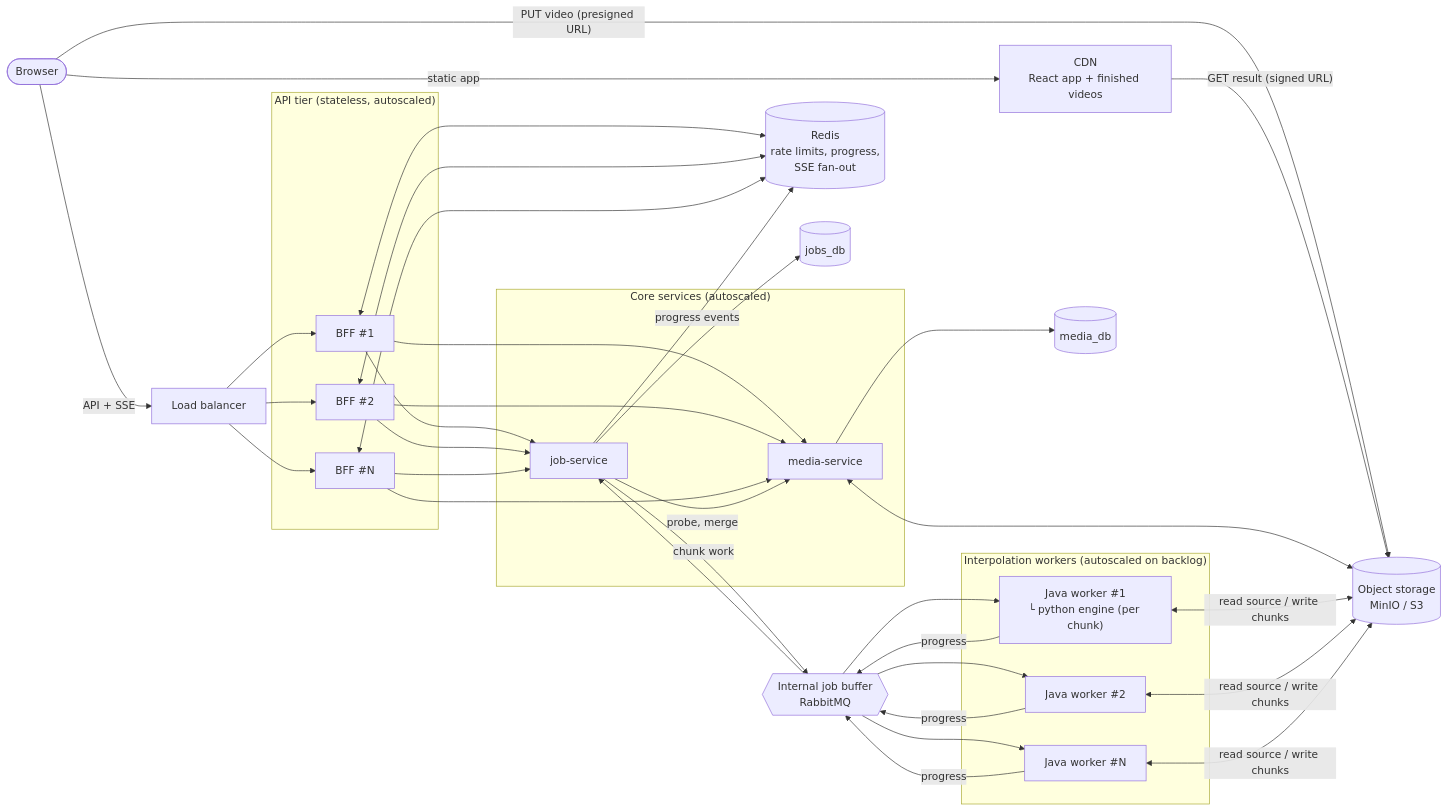
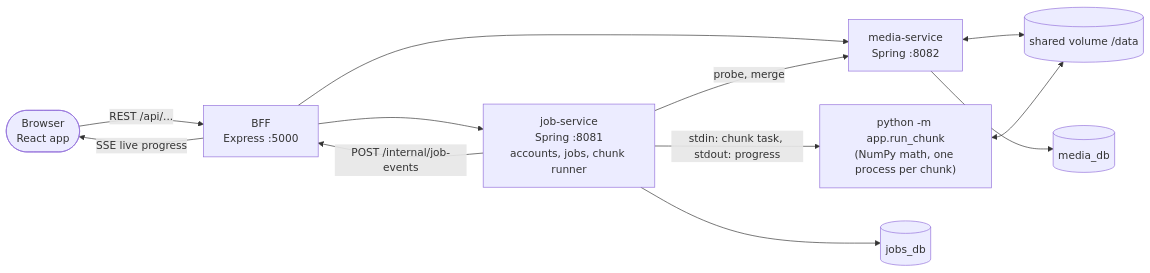
One commit to JianoFreo/InfiniteFlow_AI changed the first of 4 diagrams in README.md. Above: the diagram before and after it, drawn with Mermaid. The commit also changed other lines of this file and 77 other files, not shown here.

First line of the commit message:
feat: Implement job event publishing and replace RabbitMQ with direct job processing

````diff
--- a/README.md
+++ b/README.md
@@ -63,48 +57,23 @@
 ```mermaid
 flowchart LR
-    user(["Browser"])
-    cdn["CDN<br/>React app + finished videos"]
-    lb["Load balancer"]
-
-    subgraph api["API tier (stateless, autoscaled)"]
-        bff1["BFF #1"]
-        bff2["BFF #2"]
-        bffN["BFF #N"]
-    end
-
-    subgraph core["Core services (autoscaled)"]
-        job["job-service"]
-        media["media-service"]
-    end
-
-    subgraph workers["Interpolation workers (autoscaled on backlog)"]
-        e1["Java worker #1<br/>└ python engine (per chunk)"]
-        e2["Java worker #2"]
-        eN["Java worker #N"]
-    end
-
-    s3[("Object storage<br/>MinIO / S3")]
-    buf{{"Internal job buffer<br/>RabbitMQ"}}
-    redis[("Redis<br/>rate limits, progress,<br/>SSE fan-out")]
+    browser(["Browser<br/>React app"])
+    bff["BFF<br/>Express :5000"]
+    job["job-service<br/>Spring :8081<br/>accounts, jobs, chunk runner"]
+    media["media-service<br/>Spring :8082"]
+    py["python -m app.run_chunk<br/>(NumPy math, one process per chunk)"]
     jobsdb[("jobs_db")]
     mediadb[("media_db")]
+    files[("shared volume /data")]
 
-    user -- "static app" --> cdn
-    user -- "API + SSE" --> lb --> bff1 & bff2 & bffN
-    user -- "PUT video (presigned URL)" --> s3
-    cdn -- "GET result (signed URL)" --> s3
-
-    bff1 & bff2 & bffN --> job
-    bff1 & bff2 & bffN --> media
-    bff1 & bff2 & bffN <--> redis
-
+    browser -- "REST /api/..." --> bff
+    bff -- "SSE live progress" --> browser
+    bff --> job
+    bff --> media
+    job -- "POST /internal/job-events" --> bff
     job --> jobsdb
     media --> mediadb
+    job -- "stdin: chunk task, stdout: progress" --> py
     job -- "probe, merge" --> media
-    media <--> s3
-
-    job -- "chunk work" --> buf --> e1 & e2 & eN
-    e1 & e2 & eN <-- "read source / write chunks" --> s3
-    e1 & e2 & eN -- "progress" --> buf --> job
-    job -- "progress events" --> redis
+    media <--> files
+    py <--> files
 ```
````
